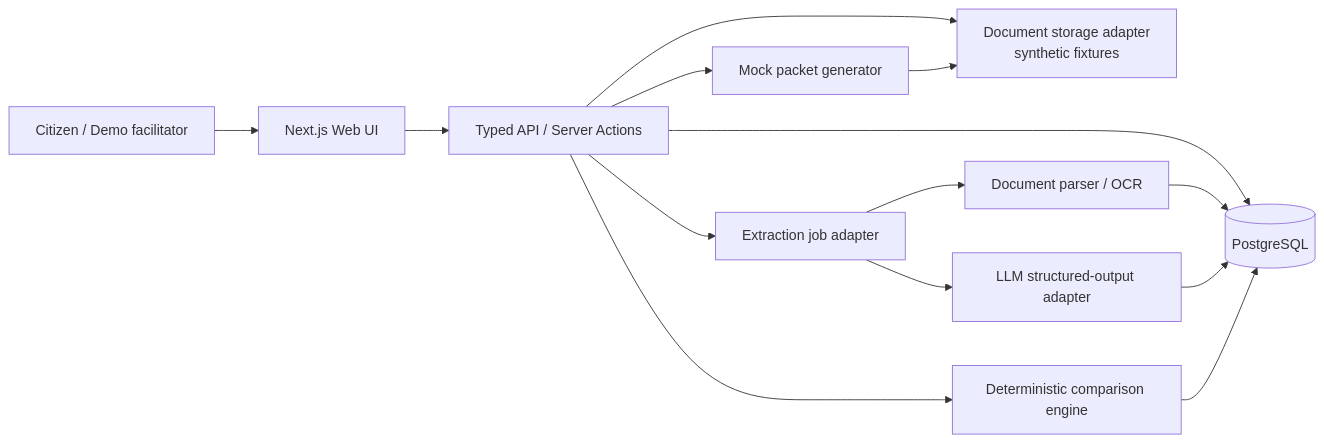
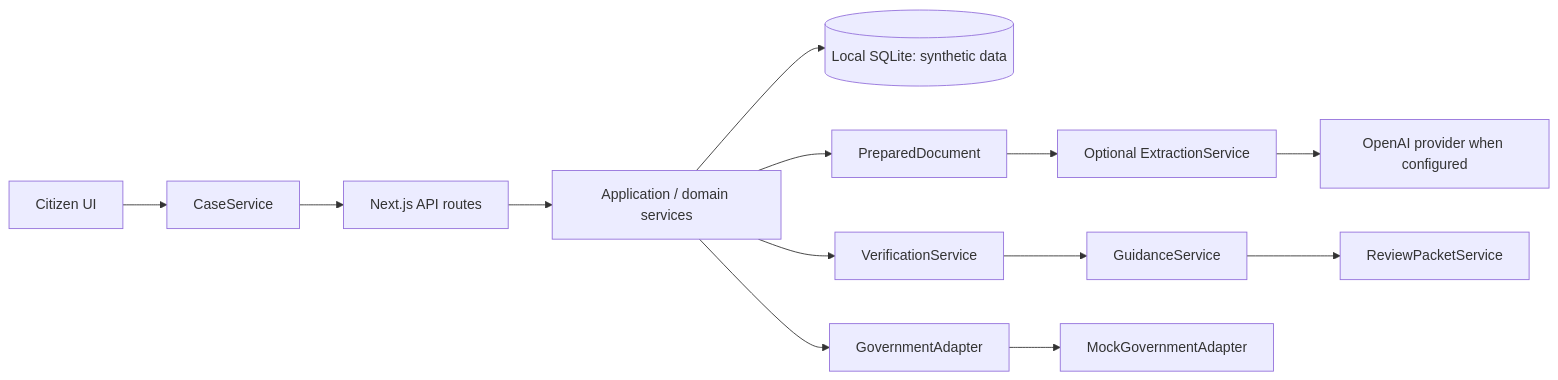
The first of 2 diagrams in docs/ARCHITECTURE.md (Haus-Nous/bhoomi-check), drawn with Mermaid before and after one commit. The commit also changed other lines of this file and 41 other files, not shown here.

````diff
--- a/docs/ARCHITECTURE.md
+++ b/docs/ARCHITECTURE.md
@@ -23,16 +5,15 @@
 ```mermaid
 flowchart LR
-  U[Citizen / Demo facilitator] --> W[Next.js Web UI]
-  W --> A[Typed API / Server Actions]
-  A --> DB[(PostgreSQL)]
-  A --> FS[Document storage adapter\nsynthetic fixtures]
-  A --> J[Extraction job adapter]
-  J --> P[Document parser / OCR]
-  J --> L[LLM structured-output adapter]
-  P --> DB
-  L --> DB
-  A --> C[Deterministic comparison engine]
-  C --> DB
-  A --> G[Mock packet generator]
-  G --> FS
+  UI[Citizen UI] --> CS[CaseService]
+  CS --> API[Next.js API routes]
+  API --> APP[Application / domain services]
+  APP --> DB[(Local SQLite: synthetic data)]
+  APP --> PREP[PreparedDocument]
+  PREP --> EXT[Optional ExtractionService]
+  EXT --> OAI[OpenAI provider when configured]
+  APP --> VER[VerificationService]
+  VER --> GUIDE[GuidanceService]
+  GUIDE --> PACKET[ReviewPacketService]
+  APP --> GOV[GovernmentAdapter]
+  GOV --> MOCK[MockGovernmentAdapter]
 ```
````
